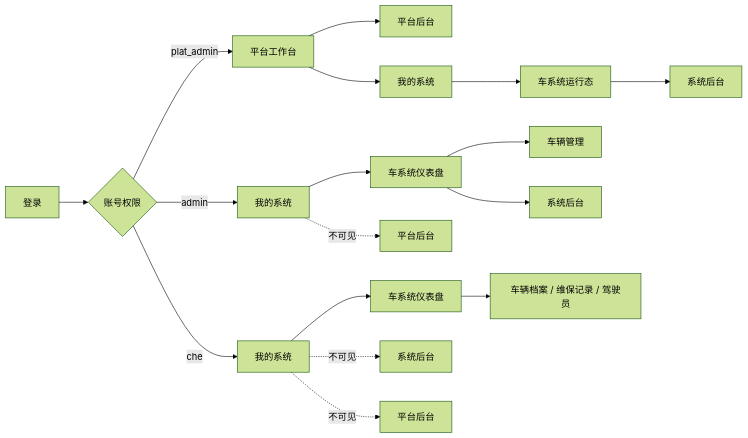
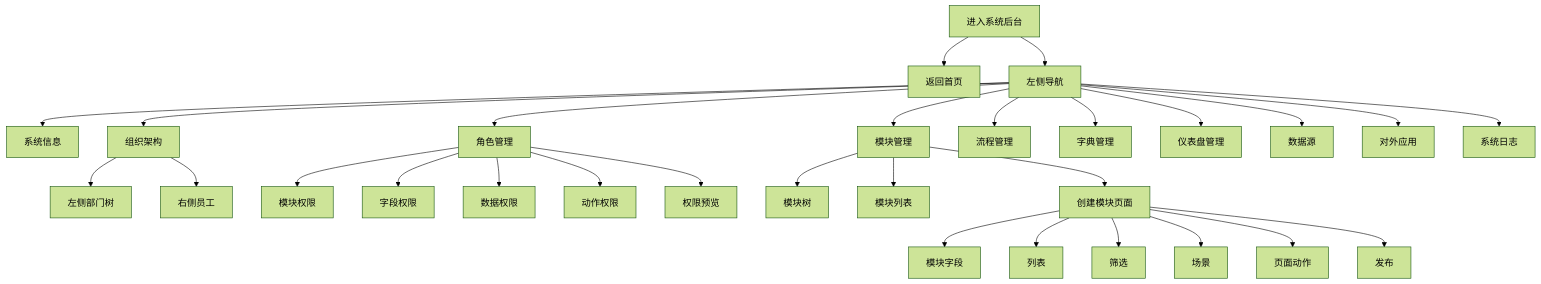
One commit to ceshi20160607/examine2 changed the fourth of 6 diagrams in docs/product-ns-map.md. Above: the diagram before and after it, drawn with Mermaid (forest theme). The commit also changed other lines of this file and 112 other files, not shown here.

````diff
--- a/docs/product-ns-map.md
+++ b/docs/product-ns-map.md
@@ -261,21 +150,31 @@
 ```mermaid
-flowchart LR
-    A["登录"] --> B{"账号权限"}
-    B -->|plat_admin| C["平台工作台"]
-    C --> C1["平台后台"]
-    C --> C2["我的系统"]
-    C2 --> C3["车系统运行态"]
-    C3 --> C4["系统后台"]
-
-    B -->|admin| D["我的系统"]
-    D --> D1["车系统仪表盘"]
-    D1 --> D2["车辆管理"]
-    D1 --> D3["系统后台"]
-    D -. "不可见" .-> D4["平台后台"]
-
-    B -->|che| E["我的系统"]
-    E --> E1["车系统仪表盘"]
-    E1 --> E2["车辆档案 / 维保记录 / 驾驶员"]
-    E -. "不可见" .-> E3["系统后台"]
-    E -. "不可见" .-> E4["平台后台"]
+flowchart TD
+    A["进入系统后台"] --> B["返回首页"]
+    A --> C["左侧导航"]
+    C --> C1["系统信息"]
+    C --> C2["组织架构"]
+    C2 --> C21["左侧部门树"]
+    C2 --> C22["右侧员工"]
+    C --> C3["角色管理"]
+    C3 --> C31["模块权限"]
+    C3 --> C32["字段权限"]
+    C3 --> C33["数据权限"]
+    C3 --> C34["动作权限"]
+    C3 --> C35["权限预览"]
+    C --> C4["模块管理"]
+    C4 --> C41["模块树"]
+    C4 --> C42["模块列表"]
+    C4 --> C43["创建模块页面"]
+    C43 --> C431["模块字段"]
+    C43 --> C432["列表"]
+    C43 --> C433["筛选"]
+    C43 --> C434["场景"]
+    C43 --> C435["页面动作"]
+    C43 --> C436["发布"]
+    C --> C5["流程管理"]
+    C --> C6["字典管理"]
+    C --> C7["仪表盘管理"]
+    C --> C8["数据源"]
+    C --> C9["对外应用"]
+    C --> C10["系统日志"]
 ```
````
